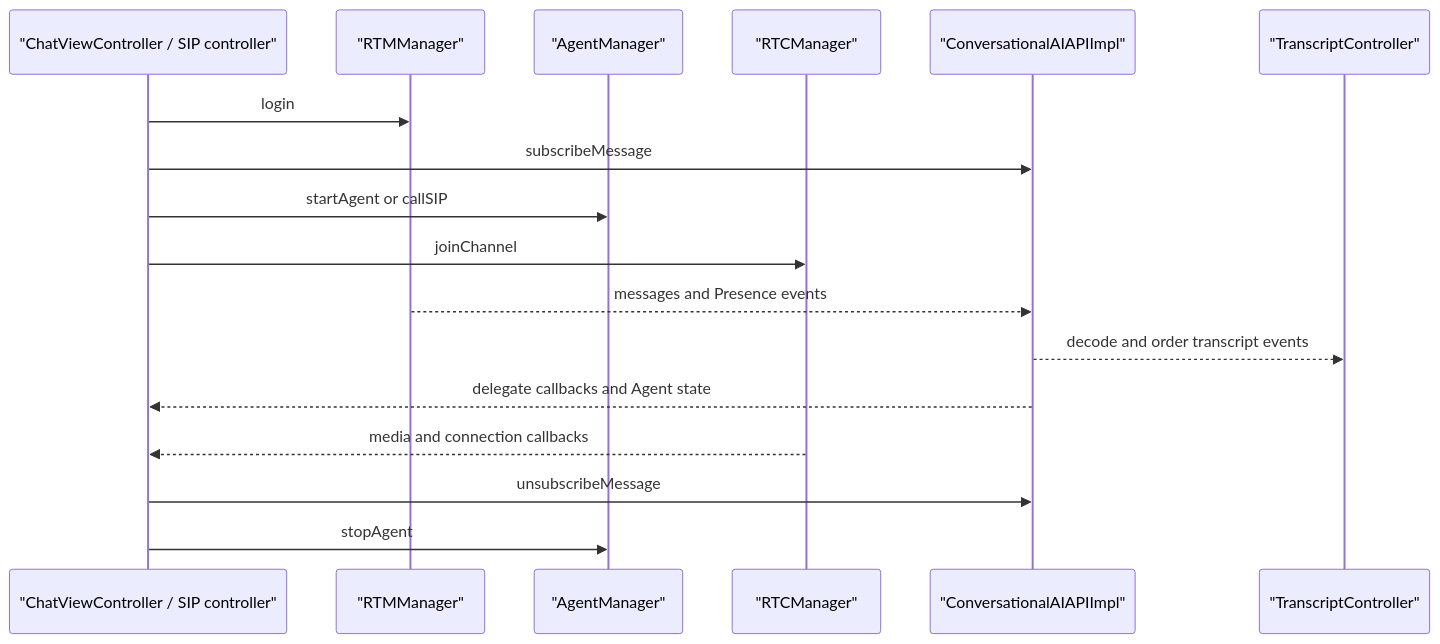
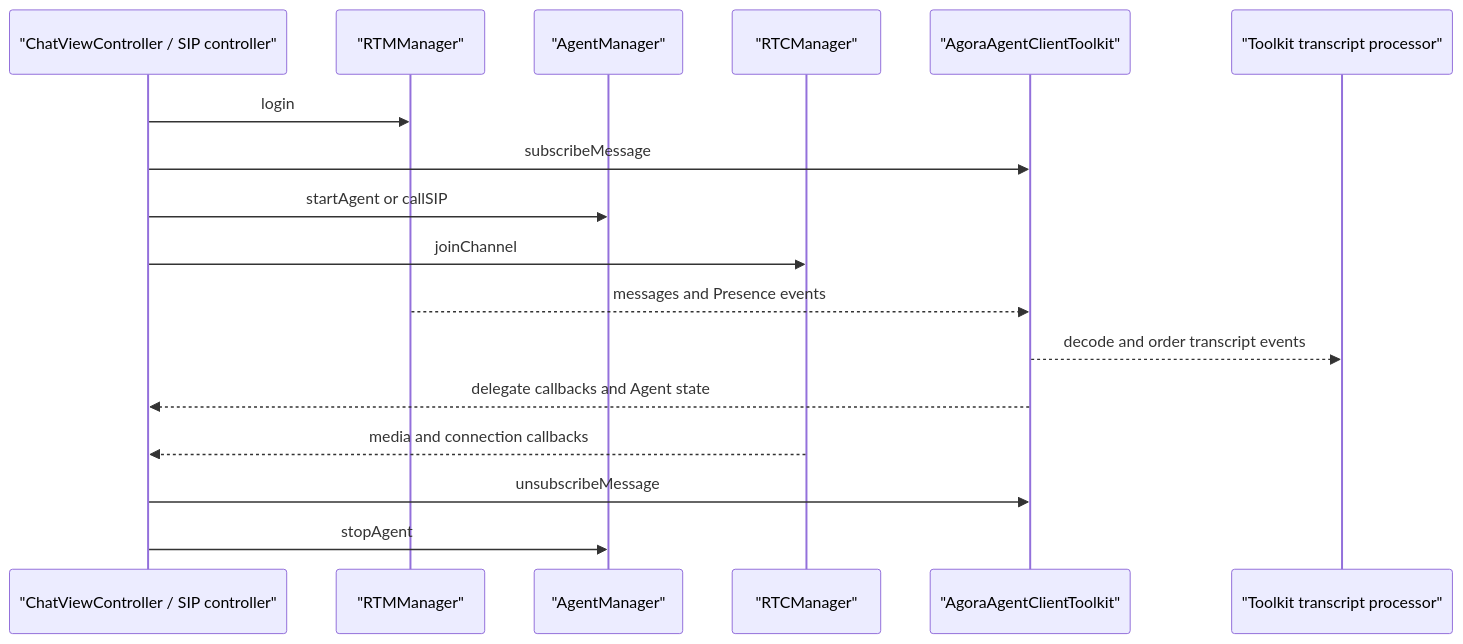
One commit to AgoraIO-Community/Conversational-AI-Demo changed the fourth of 6 diagrams in iOS/ARCHITECTURE.md. Above: the diagram before and after it, drawn with Mermaid. The commit also changed other lines of this file and 32 other files, not shown here.

First line of the commit message:
refactor(ios): adopt published agent client toolkit

````diff
--- a/iOS/ARCHITECTURE.md
+++ b/iOS/ARCHITECTURE.md
@@ -104,20 +108,20 @@
 ```mermaid
 sequenceDiagram
   participant UI as "ChatViewController / SIP controller"
   participant RTM as "RTMManager"
   participant REST as "AgentManager"
   participant RTC as "RTCManager"
-  participant API as "ConversationalAIAPIImpl"
-  participant Transcript as "TranscriptController"
+  participant API as "AgoraAgentClientToolkit"
+  participant Transcript as "Toolkit transcript processor"
 
   UI->>RTM: login
   UI->>API: subscribeMessage
   UI->>REST: startAgent or callSIP
   UI->>RTC: joinChannel
   RTM-->>API: messages and Presence events
   API-->>Transcript: decode and order transcript events
   API-->>UI: delegate callbacks and Agent state
   RTC-->>UI: media and connection callbacks
   UI->>API: unsubscribeMessage
   UI->>REST: stopAgent
 ```
````
